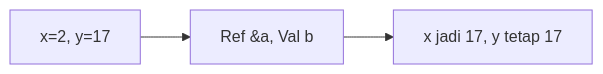
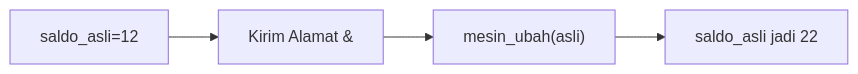
One commit to amnahwaida/OSNK_INF_PREP changed diagram 11 of 25 in part-c-pemahaman-cpp/04-fungsi/latihan/set-03.md. Above: the diagram before and after it, drawn with Mermaid. The commit also changed other lines of this file and 71 other files, not shown here.

````diff
--- a/part-c-pemahaman-cpp/04-fungsi/latihan/set-03.md
+++ b/part-c-pemahaman-cpp/04-fungsi/latihan/set-03.md
@@ -285,5 +301,6 @@
 ```mermaid
 graph LR
-A["x=2, y=17"] --> B["Ref &a, Val b"]
-B --> C["x jadi 17, y tetap 17"]
+A["saldo_asli=12"] --> B["Kirim Alamat &"]
+B --> C["mesin_ubah(asli)"]
+C --> D["saldo_asli jadi 22"]
 ```
````
